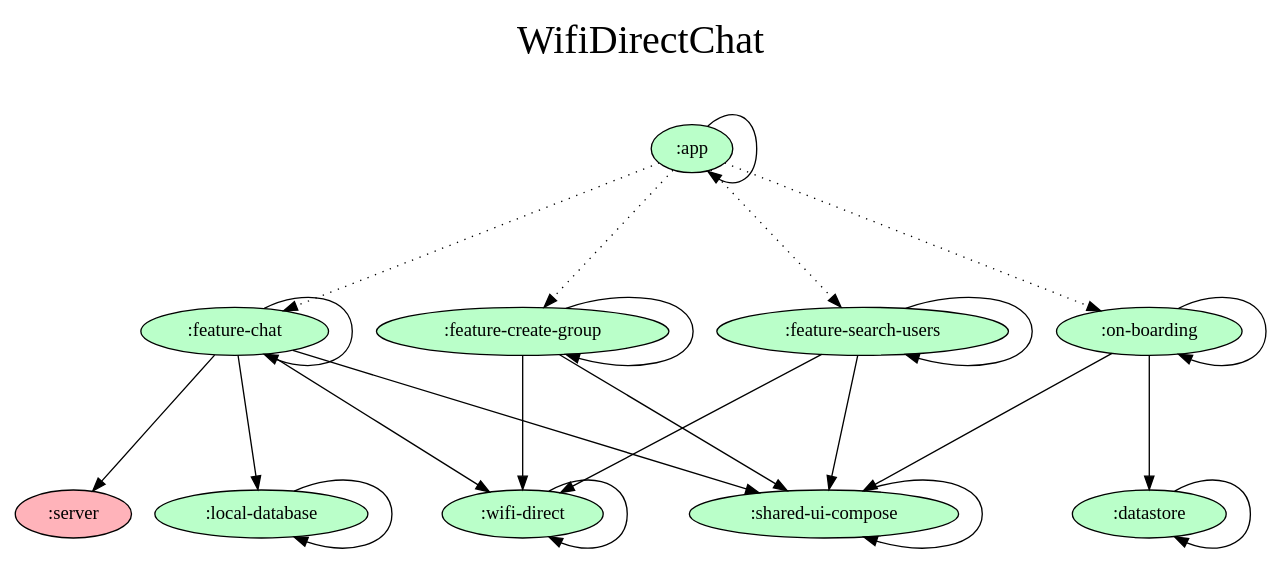
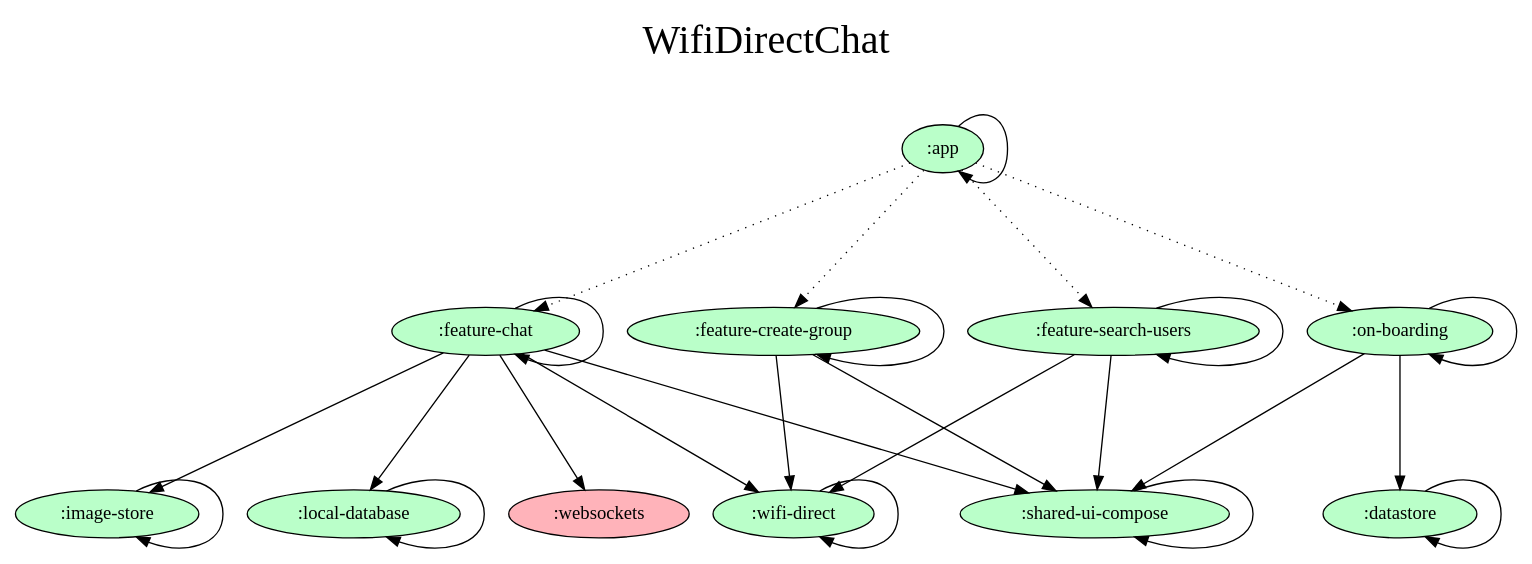
One commit to SilvVF/wd-chat changed the diagram in dependency-graph/project.dot. Above: the diagram before and after it, drawn with Graphviz. The commit also changed 1 other file, not shown here.

```diff
--- a/dependency-graph/project.dot
+++ b/dependency-graph/project.dot
@@ -1,46 +1,49 @@
 digraph {
   graph [label="WifiDirectChat\n ",labelloc=t,fontsize=30,ranksep=1.4];
   node [style=filled, fillcolor="#bbbbbb"];
   rankdir=TB;
 
   # Projects
 
   ":app" [fillcolor="#baffc9"];
   ":datastore" [fillcolor="#baffc9"];
   ":feature-chat" [fillcolor="#baffc9"];
   ":feature-create-group" [fillcolor="#baffc9"];
   ":feature-search-users" [fillcolor="#baffc9"];
+  ":image-store" [fillcolor="#baffc9"];
   ":local-database" [fillcolor="#baffc9"];
   ":on-boarding" [fillcolor="#baffc9"];
-  ":server" [fillcolor="#ffb3ba"];
   ":shared-ui-compose" [fillcolor="#baffc9"];
+  ":websockets" [fillcolor="#ffb3ba"];
   ":wifi-direct" [fillcolor="#baffc9"];
 
   {rank = same;}
 
   # Dependencies
 
   ":app" -> ":app"
   ":app" -> ":on-boarding" [style=dotted]
   ":app" -> ":feature-search-users" [style=dotted]
   ":app" -> ":feature-create-group" [style=dotted]
   ":app" -> ":feature-chat" [style=dotted]
   ":shared-ui-compose" -> ":shared-ui-compose"
   ":feature-create-group" -> ":shared-ui-compose"
   ":feature-create-group" -> ":wifi-direct"
   ":feature-create-group" -> ":feature-create-group"
   ":feature-chat" -> ":shared-ui-compose"
   ":feature-chat" -> ":wifi-direct"
-  ":feature-chat" -> ":server"
+  ":feature-chat" -> ":websockets"
+  ":feature-chat" -> ":image-store"
   ":feature-chat" -> ":local-database"
   ":feature-chat" -> ":feature-chat"
   ":datastore" -> ":datastore"
   ":feature-search-users" -> ":shared-ui-compose"
   ":feature-search-users" -> ":wifi-direct"
   ":feature-search-users" -> ":feature-search-users"
   ":on-boarding" -> ":shared-ui-compose"
   ":on-boarding" -> ":datastore"
   ":on-boarding" -> ":on-boarding"
   ":wifi-direct" -> ":wifi-direct"
   ":local-database" -> ":local-database"
+  ":image-store" -> ":image-store"
 }
```
